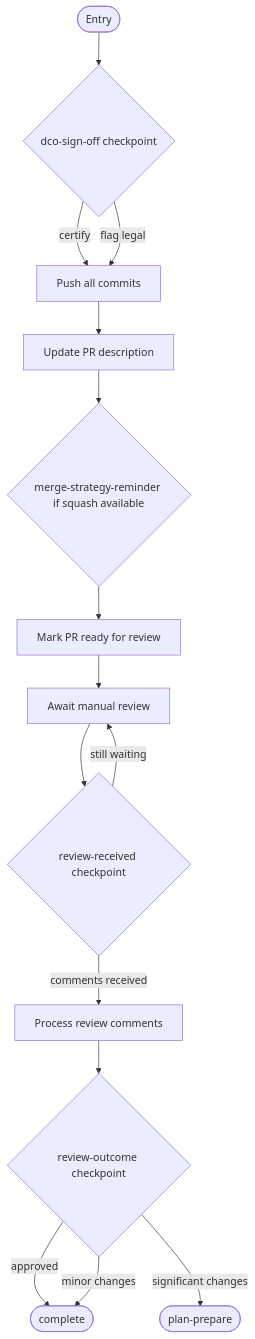
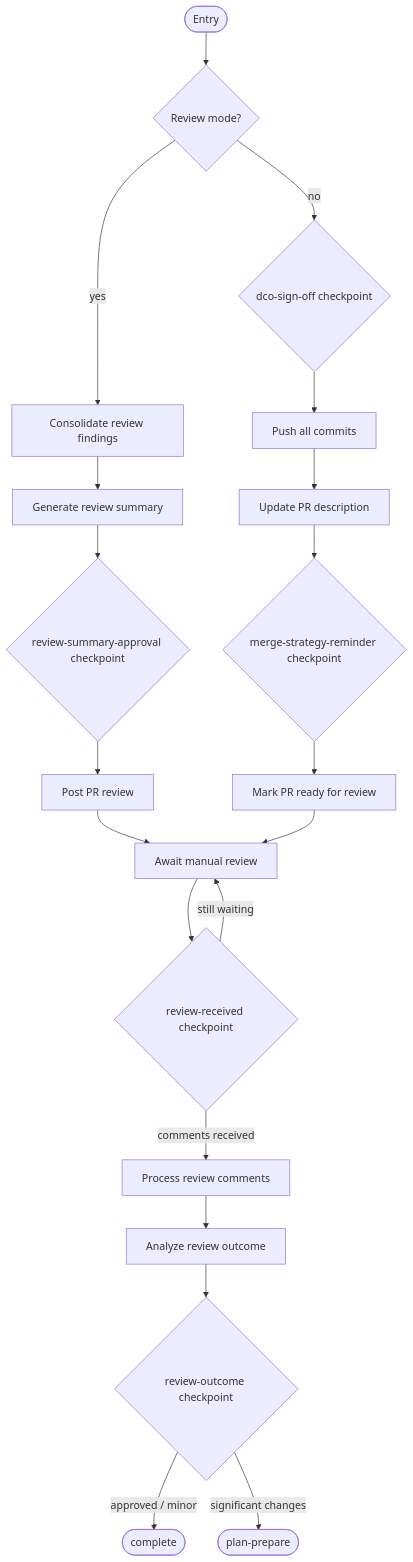
One commit to m2ux/workflow-server changed diagram 12 of 14 in work-package/activities/README.md. Above: the diagram before and after it, drawn with Mermaid. The commit also changed other lines of this file and 48 other files, not shown here.

````diff
--- a/work-package/activities/README.md
+++ b/work-package/activities/README.md
@@ -823,19 +810,25 @@
 ```mermaid
 graph TD
-    entryNode(["Entry"]) --> cpDco{"dco-sign-off checkpoint"}
-    cpDco -->|"certify"| pushCommits["Push all commits"]
-    cpDco -->|"flag legal"| pushCommits
+    entryNode(["Entry"]) --> reviewMode{"Review mode?"}
+    reviewMode -->|"yes"| consolidate["Consolidate review findings"]
+    consolidate --> genSummary["Generate review summary"]
+    genSummary --> cpSummaryApproval{"review-summary-approval checkpoint"}
+    cpSummaryApproval --> postReview["Post PR review"]
+    postReview --> awaitReview
+
+    reviewMode -->|"no"| cpDco{"dco-sign-off checkpoint"}
+    cpDco --> pushCommits["Push all commits"]
     pushCommits --> updateDesc["Update PR description"]
-    updateDesc --> cpMerge{"merge-strategy-reminder if squash available"}
+    updateDesc --> cpMerge{"merge-strategy-reminder checkpoint"}
     cpMerge --> markReady["Mark PR ready for review"]
     markReady --> awaitReview["Await manual review"]
 
-    awaitReview --> cpReview{"review-received checkpoint"}
-    cpReview -->|"comments received"| processComments["Process review comments"]
-    cpReview -->|"still waiting"| awaitReview
+    awaitReview --> cpReceived{"review-received checkpoint"}
+    cpReceived -->|"comments received"| processComments["Process review comments"]
+    cpReceived -->|"still waiting"| awaitReview
 
-    processComments --> cpOutcome{"review-outcome checkpoint"}
-    cpOutcome -->|"approved"| exitComplete(["complete"])
-    cpOutcome -->|"minor changes"| exitComplete
+    processComments --> analyzeOutcome["Analyze review outcome"]
+    analyzeOutcome --> cpOutcome{"review-outcome checkpoint"}
+    cpOutcome -->|"approved / minor"| exitComplete(["complete"])
     cpOutcome -->|"significant changes"| exitPlan(["plan-prepare"])
 ```
````
